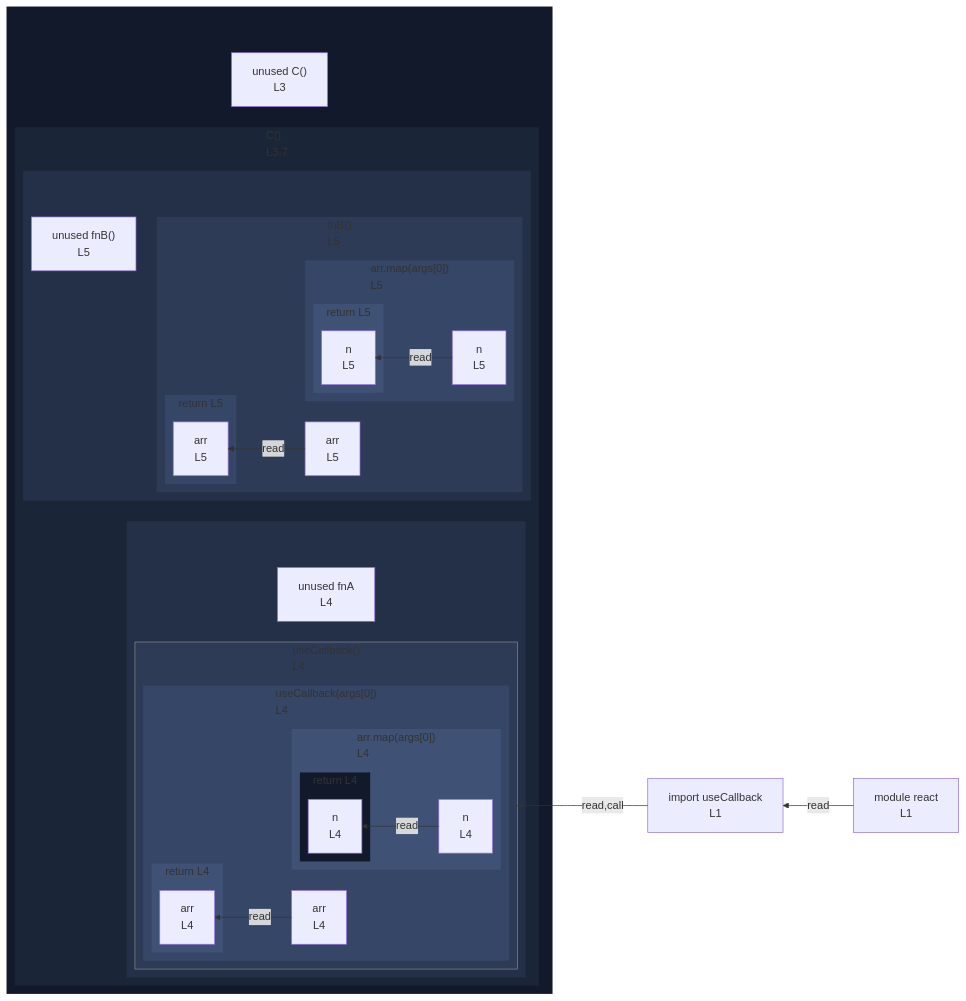
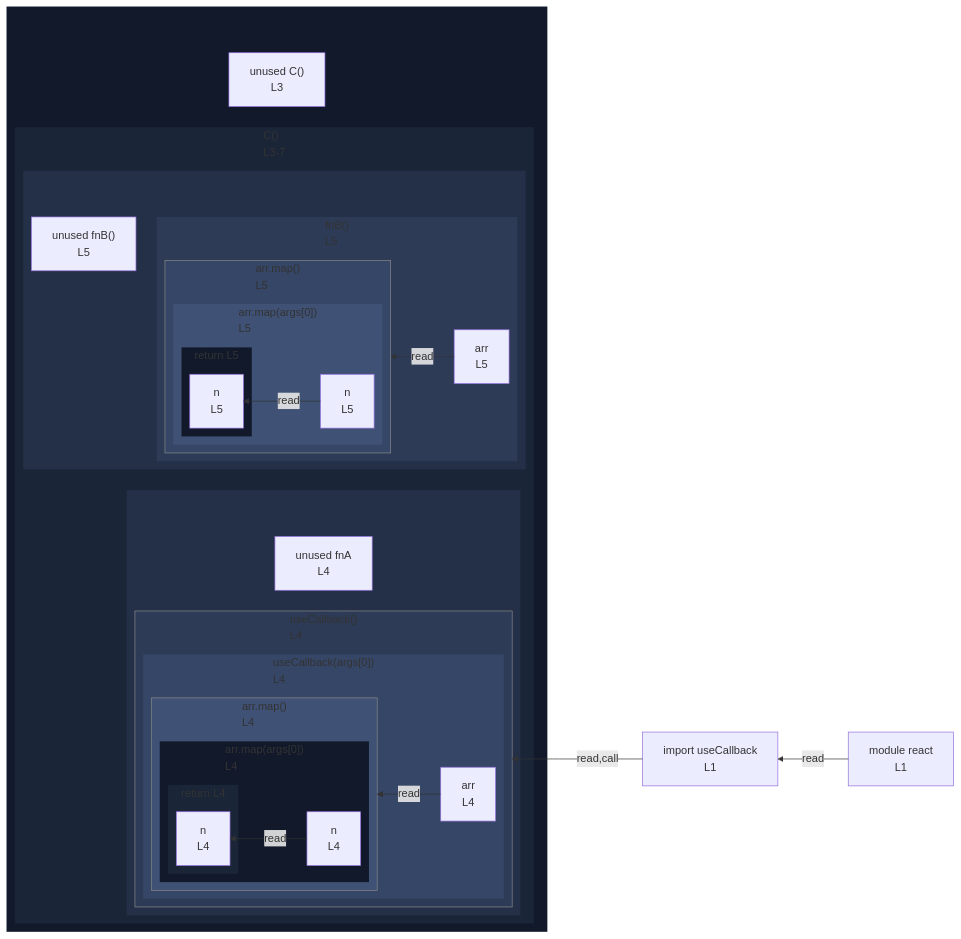
Before and after one commit to crescware/unsnarl: the diagram in integration/fixtures/jsx/use-callback/preview.md, drawn with Mermaid. The commit also changed 10 other files, not shown here.

````diff
--- a/integration/fixtures/jsx/use-callback/preview.md
+++ b/integration/fixtures/jsx/use-callback/preview.md
@@ -31,17 +31,16 @@
           subgraph s_scope_2["useCallback(args[0])<br/>L4"]
             direction RL
             n_scope_2_arr_83["arr<br/>L4"]
-            subgraph s_scope_3["arr.map(args[0])<br/>L4"]
+            subgraph call_proxy_101["arr.map()<br/>L4"]
               direction RL
-              n_scope_3_n_110["n<br/>L4"]
-              subgraph s_return_scope_0_C_44_116_121["return L4"]
+              subgraph s_scope_3["arr.map(args[0])<br/>L4"]
                 direction RL
-                ret_use_ref_4["n<br/>L4"]
+                n_scope_3_n_110["n<br/>L4"]
+                subgraph s_return_scope_0_C_44_116_121["return L4"]
+                  direction RL
+                  ret_use_ref_4["n<br/>L4"]
+                end
               end
-            end
-            subgraph s_return_scope_0_C_44_101_122["return L4"]
-              direction RL
-              ret_use_ref_3["arr<br/>L4"]
             end
           end
         end
@@ -52,34 +51,35 @@
         subgraph s_scope_4["fnB()<br/>L5"]
           direction RL
           n_scope_4_arr_144["arr<br/>L5"]
-          subgraph s_scope_5["arr.map(args[0])<br/>L5"]
+          subgraph call_proxy_162["arr.map()<br/>L5"]
             direction RL
-            n_scope_5_n_171["n<br/>L5"]
-            subgraph s_return_scope_1_fnB_137_177_182["return L5"]
+            subgraph s_scope_5["arr.map(args[0])<br/>L5"]
               direction RL
-              ret_use_ref_7["n<br/>L5"]
+              n_scope_5_n_171["n<br/>L5"]
+              subgraph s_return_scope_1_fnB_137_177_182["return L5"]
+                direction RL
+                ret_use_ref_7["n<br/>L5"]
+              end
             end
-          end
-          subgraph s_return_scope_1_fnB_137_162_183["return L5"]
-            direction RL
-            ret_use_ref_6["arr<br/>L5"]
           end
         end
       end
     end
   end
   n_scope_0_useCallback_9 -->|read,call| call_proxy_70
-  n_scope_2_arr_83 -->|read| ret_use_ref_3
+  n_scope_2_arr_83 -->|read| call_proxy_101
   n_scope_3_n_110 -->|read| ret_use_ref_4
-  n_scope_4_arr_144 -->|read| ret_use_ref_6
+  n_scope_4_arr_144 -->|read| call_proxy_162
   n_scope_5_n_171 -->|read| ret_use_ref_7
   mod_react["module react<br/>L1"]
   mod_react -->|read| n_scope_0_useCallback_9
   classDef nestL1 fill:#11192a,stroke:transparent;
   class wrap_s_scope_1 nestL1;
-  class s_return_scope_0_C_44_116_121 nestL1;
+  class s_scope_3 nestL1;
+  class s_return_scope_1_fnB_137_177_182 nestL1;
   classDef nestL2 fill:#1a2538,stroke:transparent;
   class s_scope_1 nestL2;
+  class s_return_scope_0_C_44_116_121 nestL2;
   classDef nestL3 fill:#243047,stroke:transparent;
   class wrap_call_proxy_70 nestL3;
   class wrap_s_scope_4 nestL3;
@@ -88,12 +88,12 @@
   class s_scope_4 nestL4;
   classDef nestL5 fill:#364666,stroke:transparent;
   class s_scope_2 nestL5;
-  class s_scope_5 nestL5;
-  class s_return_scope_1_fnB_137_162_183 nestL5;
+  class call_proxy_162 nestL5;
   classDef nestL6 fill:#3f5175,stroke:transparent;
-  class s_scope_3 nestL6;
-  class s_return_scope_0_C_44_101_122 nestL6;
-  class s_return_scope_1_fnB_137_177_182 nestL6;
+  class call_proxy_101 nestL6;
+  class s_scope_5 nestL6;
   classDef edgeTargetSubgraph stroke:#888;
   class call_proxy_70 edgeTargetSubgraph;
+  class call_proxy_162 edgeTargetSubgraph;
+  class call_proxy_101 edgeTargetSubgraph;
 ```
````
